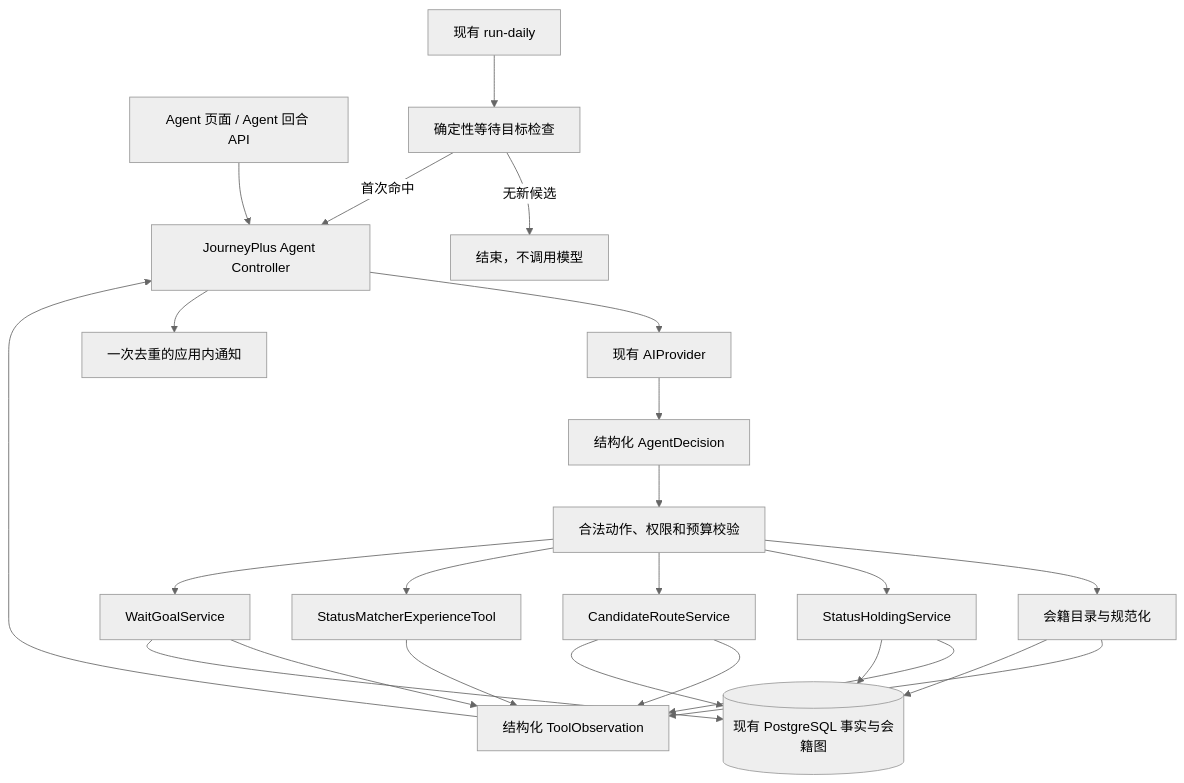
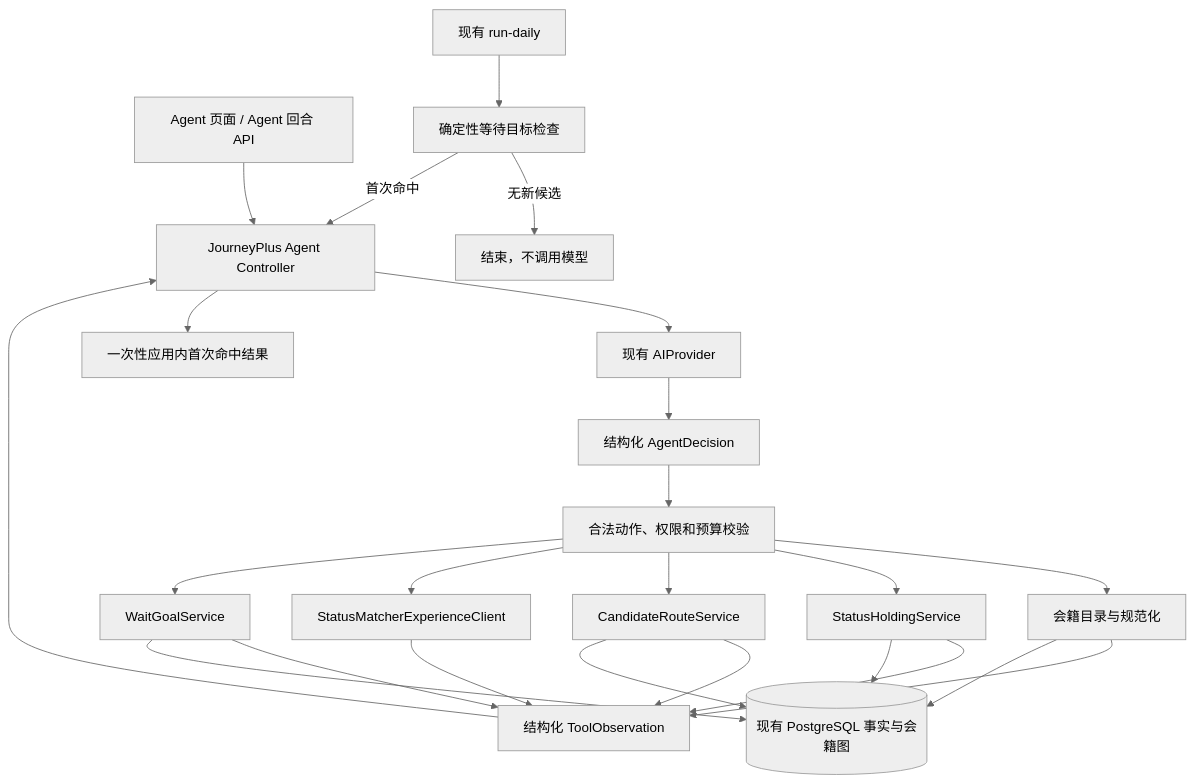
Before and after one commit to freezinlove/JourneyPlus: the diagram in doc/personalized-status-match-agent-technical-baseline.md, drawn with Mermaid (neutral theme). The commit also changed other lines of this file and 41 other files, not shown here.

````diff
--- a/doc/personalized-status-match-agent-technical-baseline.md
+++ b/doc/personalized-status-match-agent-technical-baseline.md
@@ -71,31 +70,31 @@
 ```mermaid
 flowchart TD
     UI["Agent 页面 / Agent 回合 API"] --> Controller["JourneyPlus Agent Controller"]
     Controller --> Provider["现有 AIProvider"]
     Provider --> Decision["结构化 AgentDecision"]
     Decision --> Guard["合法动作、权限和预算校验"]
 
     Guard --> Catalog["会籍目录与规范化"]
     Guard --> Holdings["StatusHoldingService"]
     Guard --> Routes["CandidateRouteService"]
-    Guard --> Experience["StatusMatcherExperienceTool"]
+    Guard --> Experience["StatusMatcherExperienceClient"]
     Guard --> Wait["WaitGoalService"]
 
     Catalog --> Observation["结构化 ToolObservation"]
     Holdings --> Observation
     Routes --> Observation
     Experience --> Observation
     Wait --> Observation
     Observation --> Controller
 
     Daily["现有 run-daily"] --> WaitCheck["确定性等待目标检查"]
     WaitCheck -->|无新候选| Stop["结束，不调用模型"]
     WaitCheck -->|首次命中| Controller
-    Controller --> Notice["一次去重的应用内通知"]
+    Controller --> Notice["一次性应用内首次命中结果"]
 
     Facts[("现有 PostgreSQL 事实与会籍图")]
     Catalog --> Facts
     Holdings --> Facts
     Routes --> Facts
     Wait --> Facts
 ```
````
